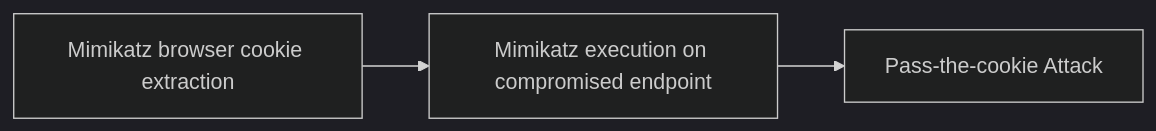
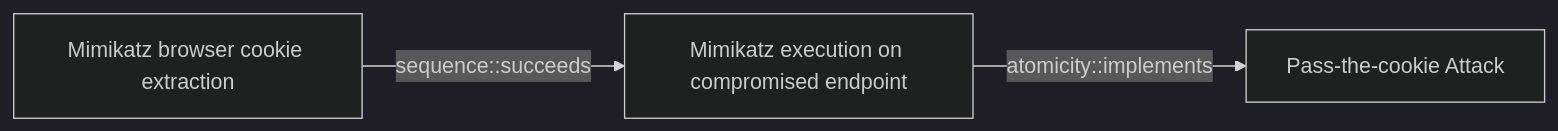
Before and after one commit to opentidehq/library: the diagram in docs/threats/mimikatz-browser-cookie-extraction.md, drawn with Mermaid (dark theme). The commit also changed other lines of this file and 277 other files, not shown here.

````diff
--- a/docs/threats/mimikatz-browser-cookie-extraction.md
+++ b/docs/threats/mimikatz-browser-cookie-extraction.md
@@ -52,8 +93,8 @@
 ```mermaid
 flowchart LR
 630f420b_b844_42f1_8be1_d367b3734024["Mimikatz browser cookie extraction"]
 7351e2ca_e198_427c_9cfa_202df36f6e2a["Mimikatz execution on compromised endpoint"]
 b0d6bf74_b204_4a48_9509_4499ed795771["Pass-the-cookie Attack"]
-630f420b_b844_42f1_8be1_d367b3734024 --> 7351e2ca_e198_427c_9cfa_202df36f6e2a
-7351e2ca_e198_427c_9cfa_202df36f6e2a --> b0d6bf74_b204_4a48_9509_4499ed795771
+630f420b_b844_42f1_8be1_d367b3734024 -->|sequence::succeeds| 7351e2ca_e198_427c_9cfa_202df36f6e2a
+7351e2ca_e198_427c_9cfa_202df36f6e2a -->|atomicity::implements| b0d6bf74_b204_4a48_9509_4499ed795771
 ```
````
